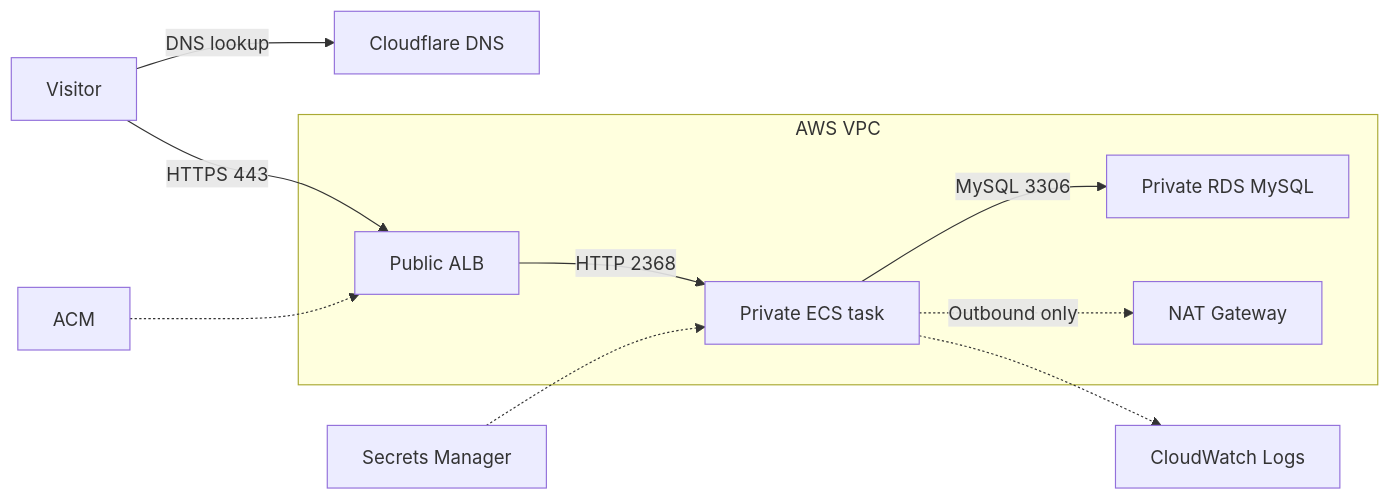
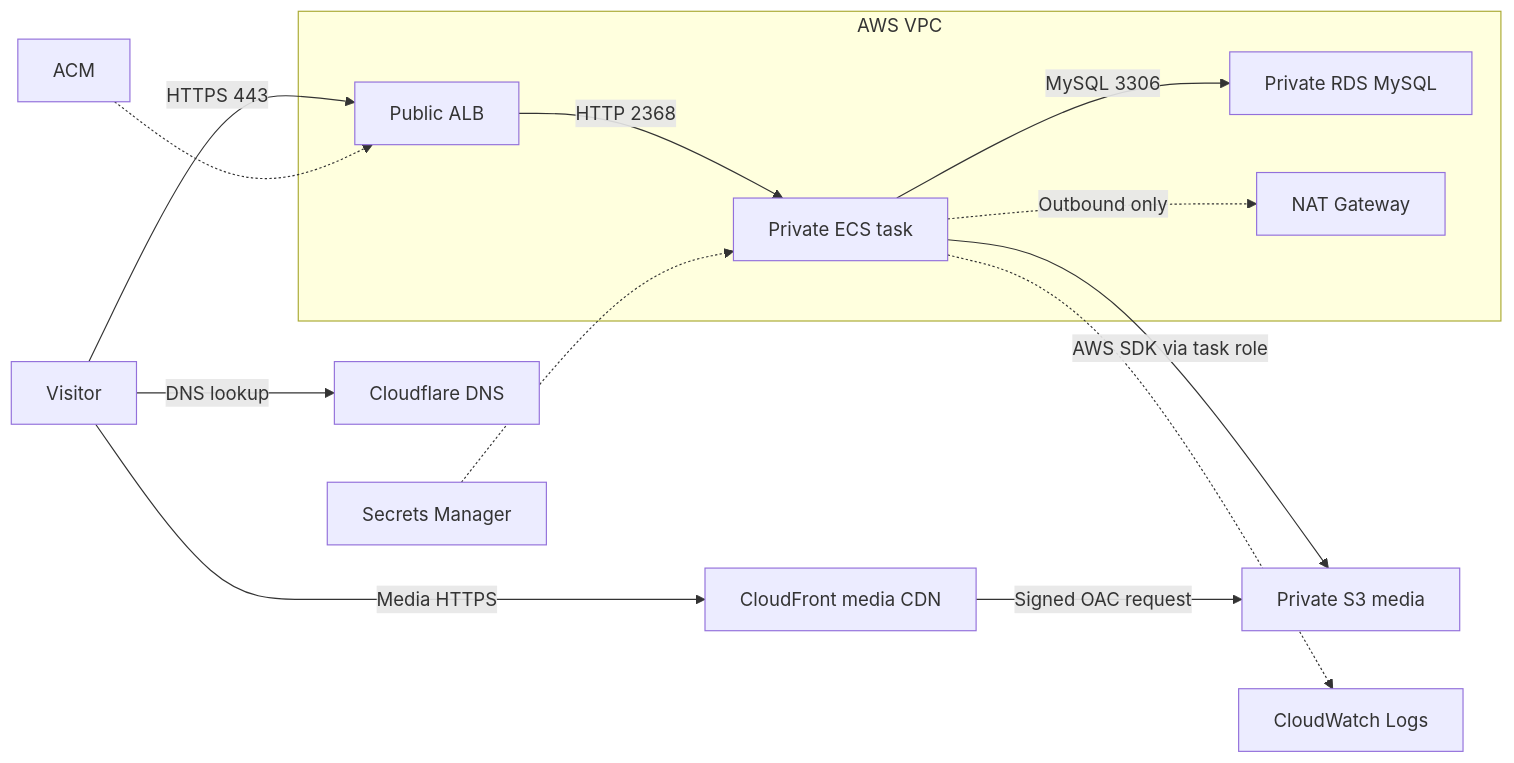
The diagram in README.md (khaleeq-developer/ghost-production-aws), drawn with Mermaid before and after one commit. The commit also changed other lines of this file and 14 other files, not shown here.

Commit message:
secure & durable – media , CDN

````diff
--- a/README.md
+++ b/README.md
@@ -9,15 +9,19 @@
 ```mermaid
 flowchart LR
     user[Visitor] -->|DNS lookup| dns[Cloudflare DNS]
     user -->|HTTPS 443| alb[Public ALB]
 
     subgraph vpc[AWS VPC]
         alb -->|HTTP 2368| ghost[Private ECS task]
         ghost -->|MySQL 3306| rds[Private RDS MySQL]
         ghost -.->|Outbound only| nat[NAT Gateway]
     end
 
+    user -->|Media HTTPS| cdn[CloudFront media CDN]
+    cdn -->|Signed OAC request| s3[Private S3 media]
+    ghost -->|AWS SDK via task role| s3
+
     acm[ACM] -.-> alb
     secrets[Secrets Manager] -.-> ghost
     ghost -.-> logs[CloudWatch Logs]
 ```
````
